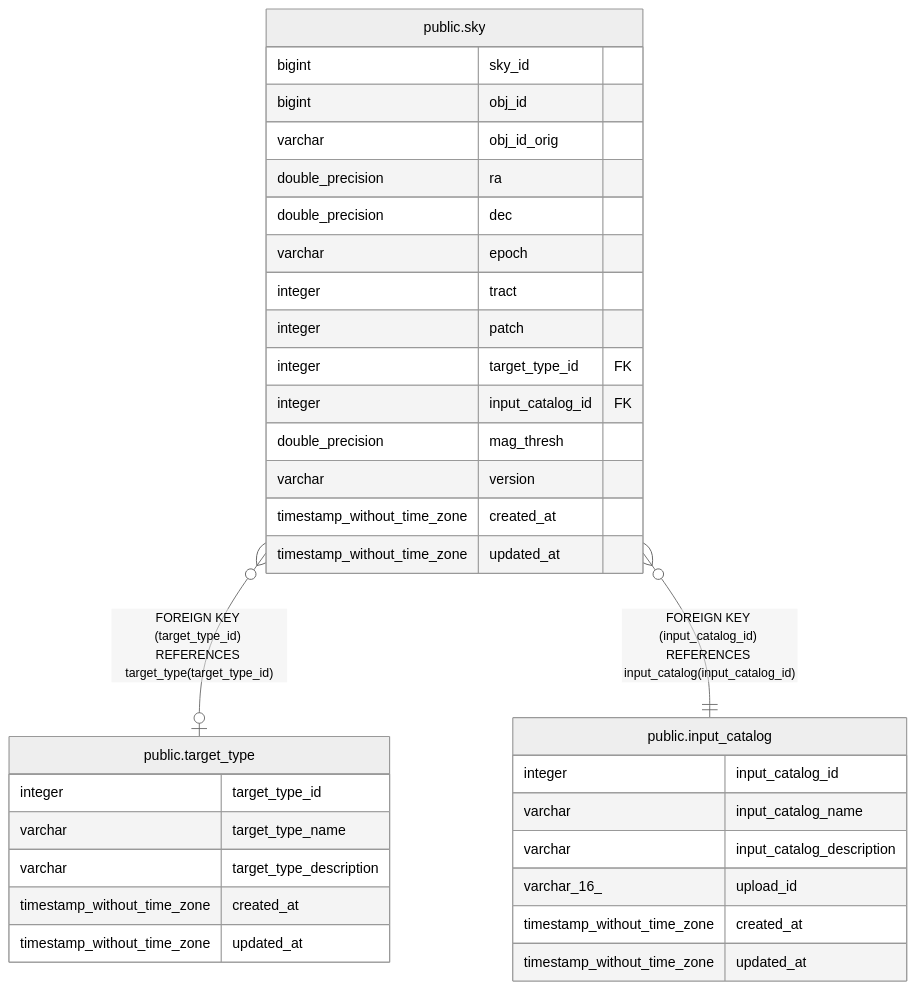
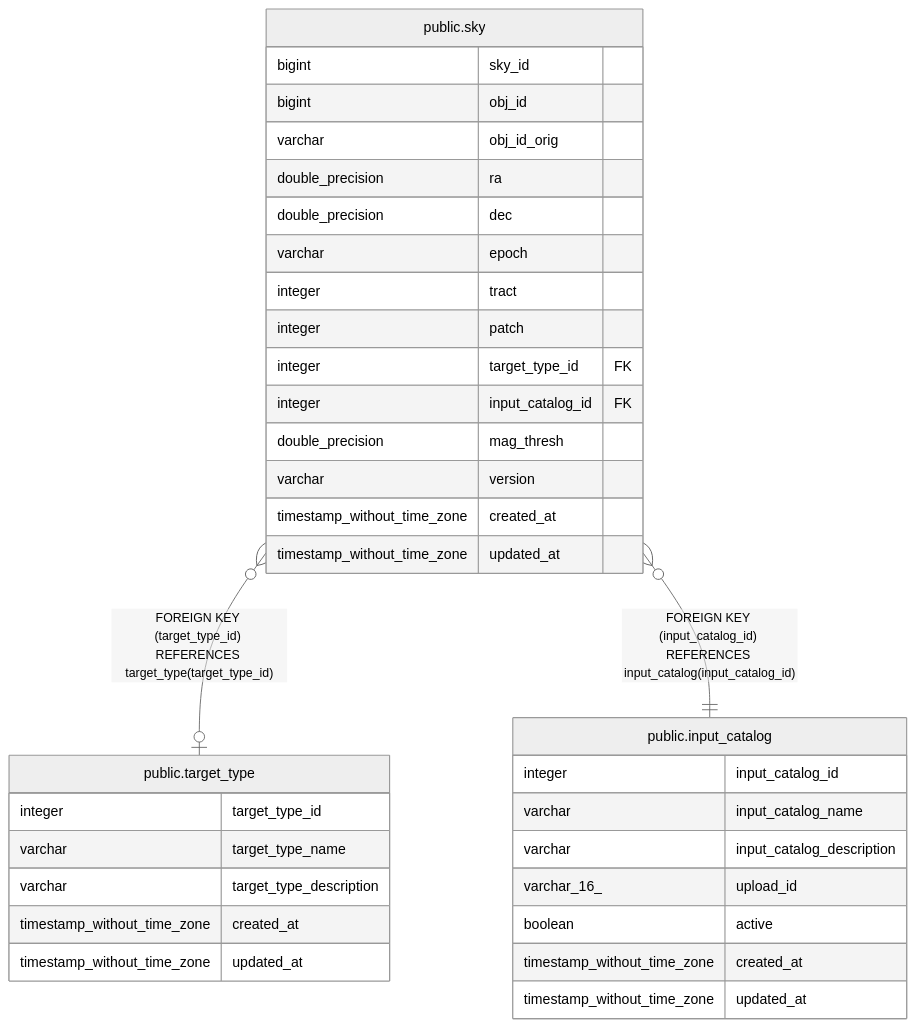
The diagram in docs/tbls/public.sky.md (Subaru-PFS/ets_target_database), drawn with Mermaid (neutral theme) before and after one commit. The commit also changed 6 other files, not shown here.

````diff
--- a/docs/tbls/public.sky.md
+++ b/docs/tbls/public.sky.md
@@ -45,38 +45,39 @@
 ```mermaid
 erDiagram
 
 "public.sky" }o--o| "public.target_type" : "FOREIGN KEY (target_type_id) REFERENCES target_type(target_type_id)"
 "public.sky" }o--|| "public.input_catalog" : "FOREIGN KEY (input_catalog_id) REFERENCES input_catalog(input_catalog_id)"
 
 "public.sky" {
   bigint sky_id
   bigint obj_id
   varchar obj_id_orig
   double_precision ra
   double_precision dec
   varchar epoch
   integer tract
   integer patch
   integer target_type_id FK
   integer input_catalog_id FK
   double_precision mag_thresh
   varchar version
   timestamp_without_time_zone created_at
   timestamp_without_time_zone updated_at
 }
 "public.target_type" {
   integer target_type_id
   varchar target_type_name
   varchar target_type_description
   timestamp_without_time_zone created_at
   timestamp_without_time_zone updated_at
 }
 "public.input_catalog" {
   integer input_catalog_id
   varchar input_catalog_name
   varchar input_catalog_description
   varchar_16_ upload_id
+  boolean active
   timestamp_without_time_zone created_at
   timestamp_without_time_zone updated_at
 }
 ```
````
